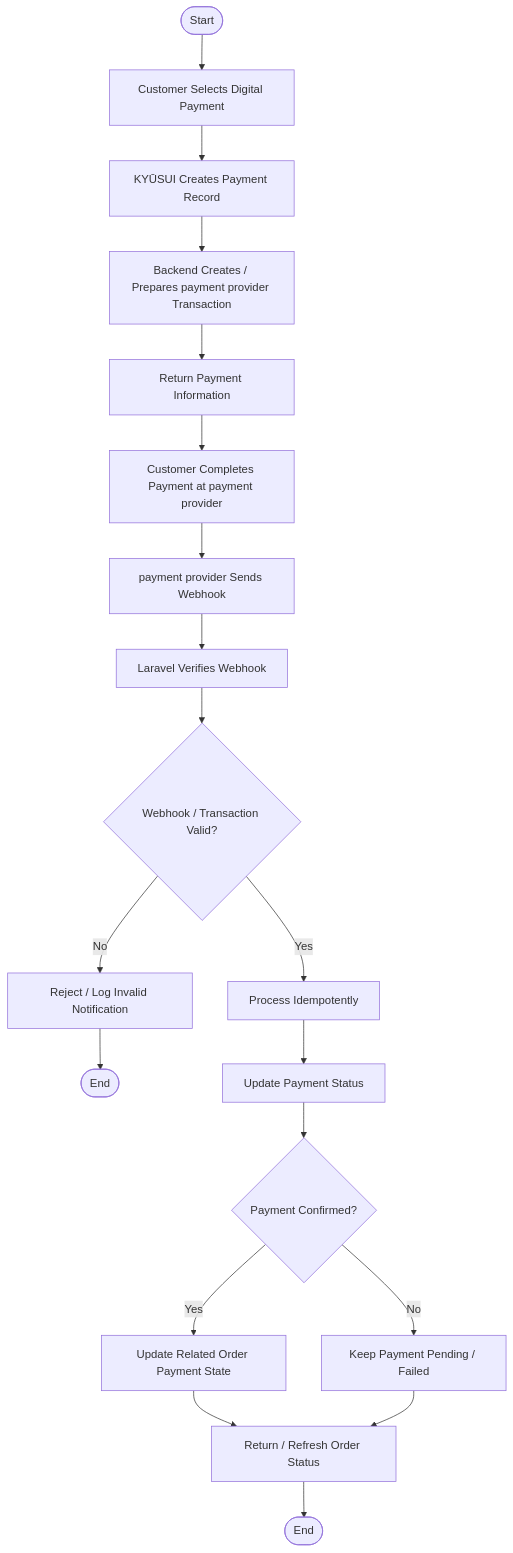
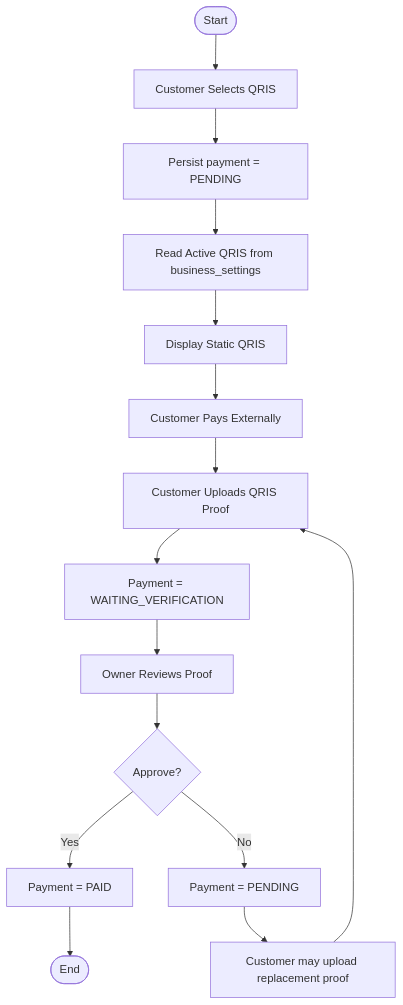
One commit to RadinataP/kyusui changed the sixth of 23 diagrams in docs/04_KYUSUI_SYSTEM_WORKFLOW_REBUILT.md. Above: the diagram before and after it, drawn with Mermaid. The commit also changed other lines of this file and 3 other files, not shown here.

````diff
--- a/docs/04_KYUSUI_SYSTEM_WORKFLOW_REBUILT.md
+++ b/docs/04_KYUSUI_SYSTEM_WORKFLOW_REBUILT.md
@@ -606,25 +591,17 @@
 ``` mermaid
 flowchart TD
-    A([Start]) --> B[Customer Selects Digital Payment]
-    B --> C[KYŪSUI Creates Payment Record]
-    C --> D[Backend Creates / Prepares payment provider Transaction]
-    D --> E[Return Payment Information]
-    E --> F[Customer Completes Payment at payment provider]
-    F --> G[payment provider Sends Webhook]
-    G --> H[Laravel Verifies Webhook]
-    H --> I{Webhook / Transaction Valid?}
-
-    I -- No --> J[Reject / Log Invalid Notification]
-    J --> K([End])
-
-    I -- Yes --> L[Process Idempotently]
-    L --> M[Update Payment Status]
-    M --> N{Payment Confirmed?}
-
-    N -- Yes --> O[Update Related Order Payment State]
-    N -- No --> P[Keep Payment Pending / Failed]
-
-    O --> Q[Return / Refresh Order Status]
-    P --> Q
-    Q --> R([End])
+    A([Start]) --> B[Customer Selects QRIS]
+    B --> C[Persist payment = PENDING]
+    C --> D[Read Active QRIS from business_settings]
+    D --> E[Display Static QRIS]
+    E --> F[Customer Pays Externally]
+    F --> G[Customer Uploads QRIS Proof]
+    G --> H[Payment = WAITING_VERIFICATION]
+    H --> I[Owner Reviews Proof]
+    I --> J{Approve?}
+    J -- Yes --> K[Payment = PAID]
+    J -- No --> L[Payment = PENDING]
+    L --> M[Customer may upload replacement proof]
+    M --> G
+    K --> N([End])
 ```
````
